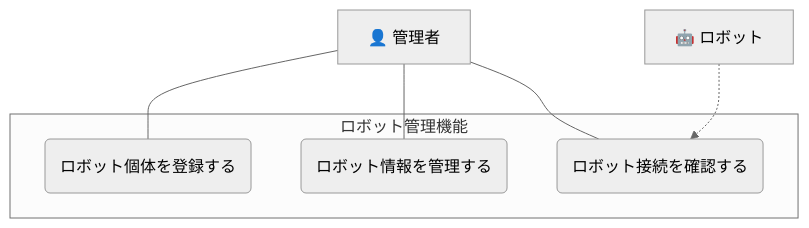
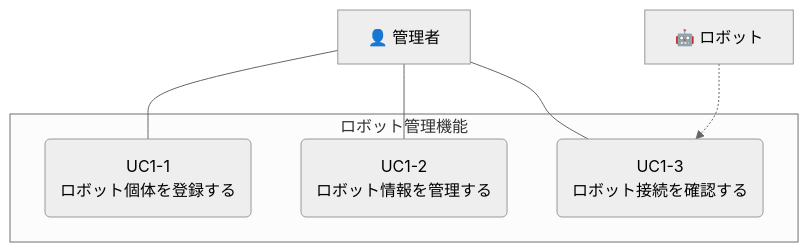
One commit to RikuHayakawa/robot-cloud-system-spec changed the diagram in docs/20_usecases/UC01_robot_management/index.md. Above: the diagram before and after it, drawn with Mermaid (neutral theme). The commit also changed other lines of this file and 31 other files, not shown here.

````diff
--- a/docs/20_usecases/UC01_robot_management/index.md
+++ b/docs/20_usecases/UC01_robot_management/index.md
@@ -13,15 +19,15 @@
 ```mermaid
 graph TD
     Admin["👤 管理者"]
     Robot["🤖 ロボット"]
     subgraph ロボット管理機能
-        UC1(ロボット個体を登録する)
-        UC2(ロボット情報を管理する)
-        UC3(ロボット接続を確認する)
+        UC1(UC1-1<br>ロボット個体を登録する)
+        UC2(UC1-2<br>ロボット情報を管理する)
+        UC3(UC1-3<br>ロボット接続を確認する)
     end
 
     Admin --- UC1
     Admin --- UC2
     Admin --- UC3
     Robot -.-> UC3
 ```
````
